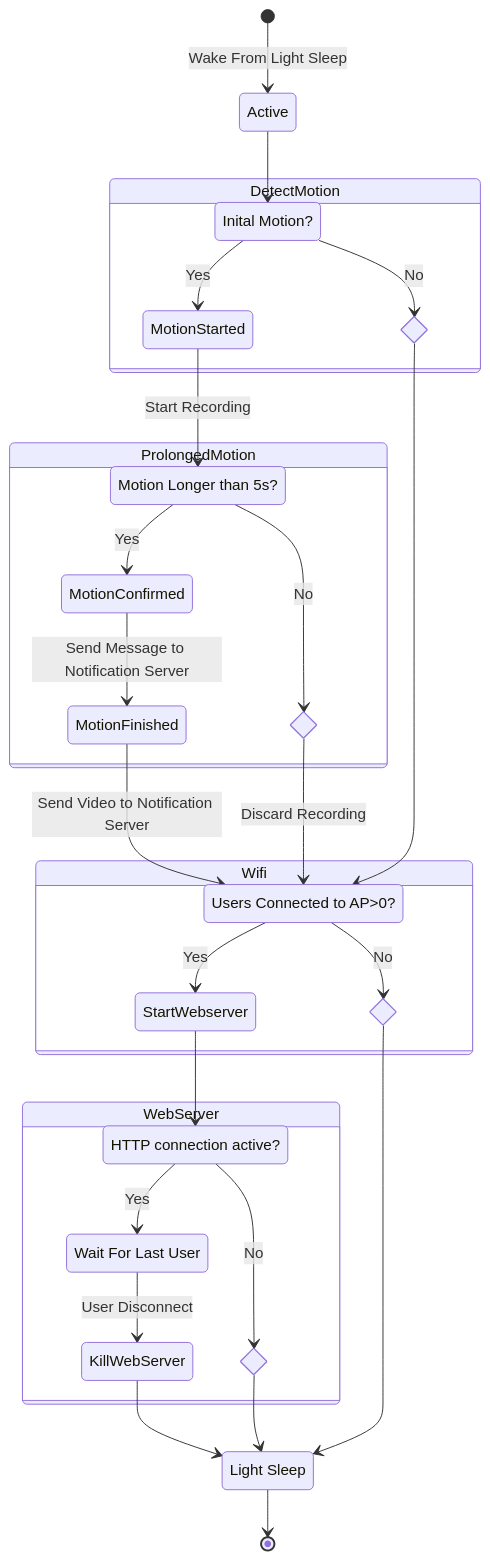
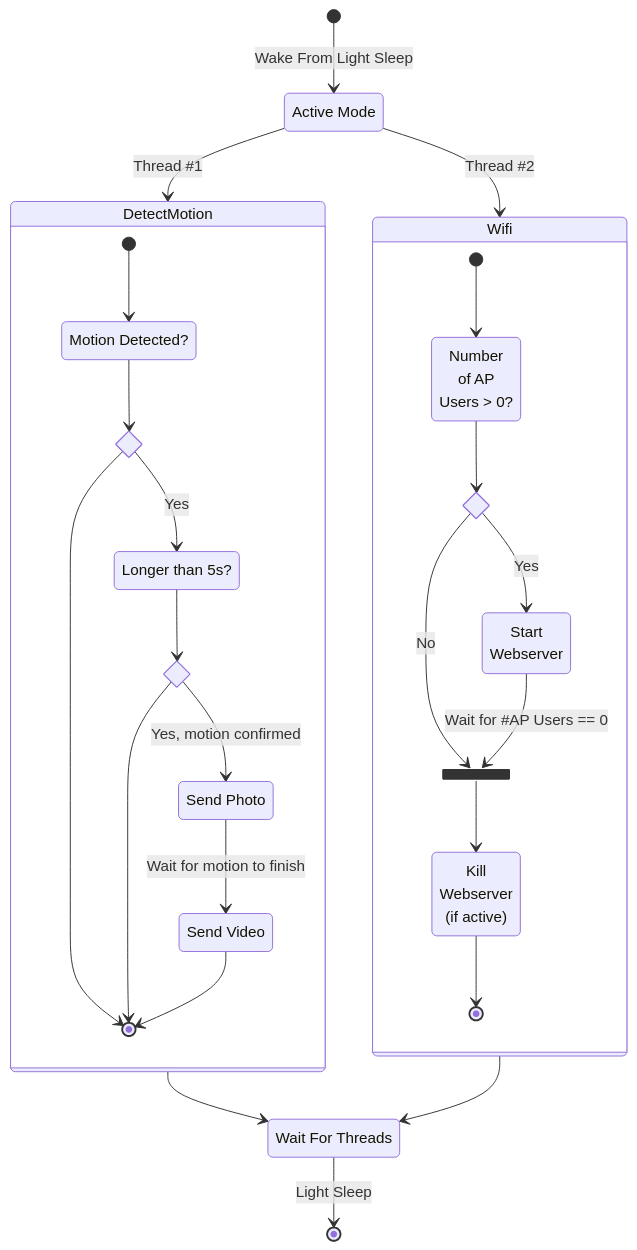
Before and after one commit to mtekman/doorbell-camera: the diagram in README.org, drawn with Mermaid. The commit also changed 1 other file, not shown here.

Commit message:
Thread based control model

```diff
--- a/README.org
+++ b/README.org
@@ -194,44 +194,49 @@
 #+begin_src mermaid :results file  :file images/flowdiag.jpg
   stateDiagram-v2
       direction TB
-      [*] --> Active : Wake From Light Sleep
-      Active --> motiondetected
+      state "Active Mode" as ActiveMode
+      [*] --> ActiveMode : Wake From Light Sleep
+      ActiveMode --> DetectMotion: Thread #1 
+      ActiveMode --> Wifi: Thread #2
       state DetectMotion {
-          state noIM <<choice>>
-          state "Inital Motion?" as motiondetected
-          motiondetected --> MotionStarted : Yes
-          motiondetected -->  noIM : No
-          MotionStarted --> goodmotion: Start Recording
-          noIM --> userconn
-      }
-      state ProlongedMotion {
-          state noPM <<choice>>
-          state "Motion Longer than 5s?" as goodmotion
-          goodmotion --> MotionConfirmed: Yes
-          goodmotion --> noPM: No
-          noPM --> userconn: Discard Recording
-          MotionConfirmed --> MotionFinished : Send Message to Notification Server
-          MotionFinished --> userconn : Send Video to Notification Server
+          [*] --> MotionDetected
+          state "Motion Detected?" as MotionDetected
+          state modetect <<choice>>
+          MotionDetected --> modetect
+          modetect --> MotionLonger : Yes
+          modetect -->  [*]
+          state "Longer than 5s?" as MotionLonger
+          state modetect2 <<choice>>
+          MotionLonger --> modetect2
+          modetect2 --> [*]
+          modetect2 --> SendPhoto: Yes, motion confirmed
+          SendPhoto --> SendVideo: Wait for motion to finish
+          SendVideo --> [*]
+          state "Send Photo" as SendPhoto
+          state "Send Video" as SendVideo
       }
       state Wifi {
-          state noWF <<choice>>
-          state "Users Connected to AP>0?" as userconn
-          userconn --> StartWebserver : Yes
-          userconn --> noWF: No
+          [*] --> NumUsers
+          state "Number
+          of AP
+          Users > 0?" as NumUsers
+          state numuse <<choice>>
+          NumUsers --> numuse
+          numuse --> StartWeb : Yes
+          state prekill <<join>>
+          numuse --> prekill: No
+          state "Start
+          Webserver" as StartWeb
+          StartWeb --> prekill: Wait for #AP Users == 0
+          prekill --> KillWeb
+          state "Kill
+          Webserver
+          (if active)" as KillWeb
+          KillWeb --> [*]
       }
-      StartWebserver --> webactive
-      state WebServer {
-          state noWS <<choice>>
-          state "HTTP connection active?" as webactive
-          state "Wait For Last User" as ActiveUser
-          webactive -->  ActiveUser : Yes
-          webactive --> noWS : No
-          ActiveUser --> KillWebServer: User Disconnect
-
-      }
-      KillWebServer --> LightSleep2
-      noWF --> LightSleep2
-      state "Light Sleep" as LightSleep2
-      noWS --> LightSleep2: 
-      LightSleep2 --> [*]
+      DetectMotion --> WaitForThreads
+      state "Wait For Threads" as WaitForThreads
+      Wifi --> WaitForThreads
+      WaitForThreads --> [*]: Light Sleep
+      
 #+end_src
```
